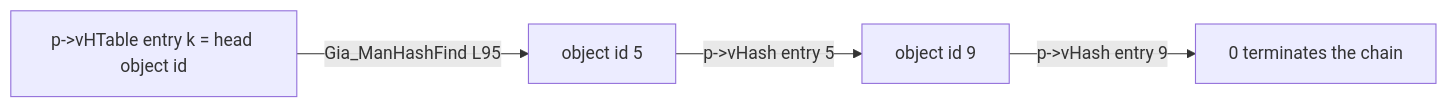
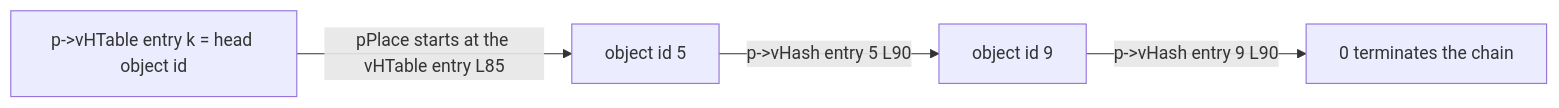
Before and after one commit to blitzy-research/abc: the sixth of 10 diagrams in src/aig/gia/README.md, drawn with Mermaid. The commit also changed other lines of this file and 3 other files, not shown here.

````diff
--- a/src/aig/gia/README.md
+++ b/src/aig/gia/README.md
@@ -861,10 +869,10 @@
 ```mermaid
 graph LR
     HT["p->vHTable entry k = head object id"]
     O5["object id 5"]
     O9["object id 9"]
     O0["0 terminates the chain"]
-    HT -->|"Gia_ManHashFind L95"| O5
-    O5 -->|"p->vHash entry 5"| O9
-    O9 -->|"p->vHash entry 9"| O0
+    HT -->|"pPlace starts at the vHTable entry L85"| O5
+    O5 -->|"p->vHash entry 5 L90"| O9
+    O9 -->|"p->vHash entry 9 L90"| O0
 ```
````
